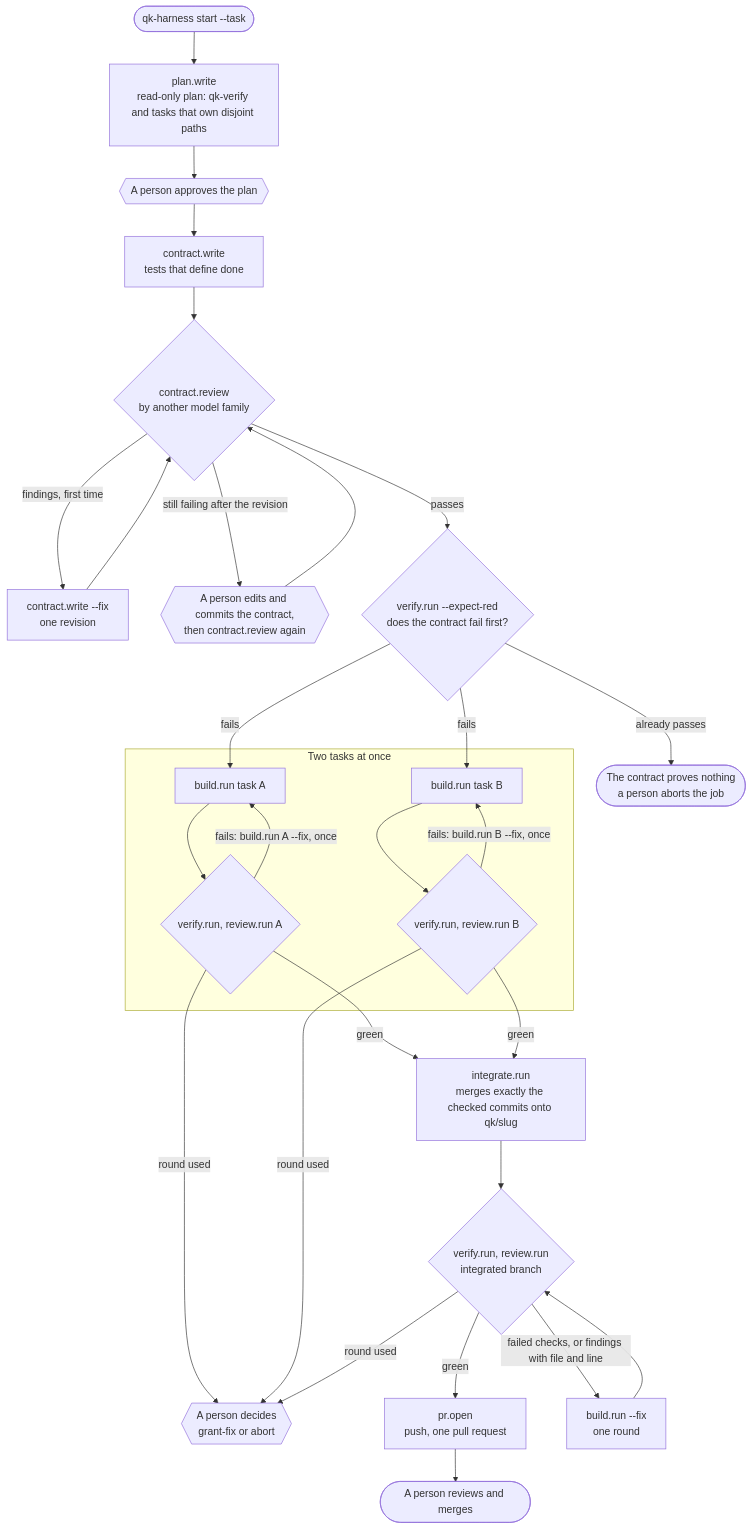
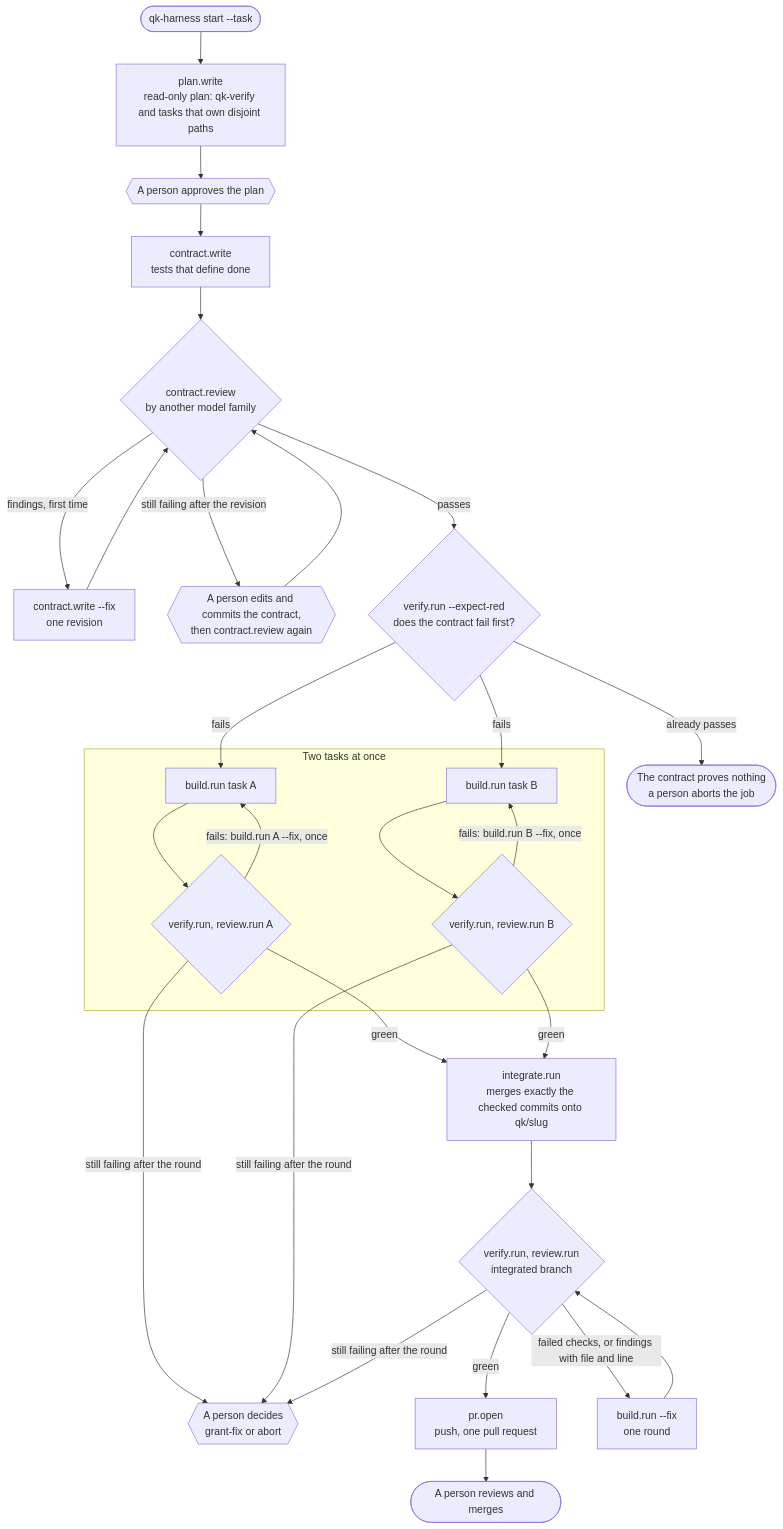
The diagram in README.md (dakiquang/qk-harness), drawn with Mermaid before and after one commit. The commit also changed 1 other file, not shown here.

Commit message:
docs: label the person's decision as a failure after the fix round

````diff
--- a/README.md
+++ b/README.md
@@ -15,29 +15,29 @@
 ```mermaid
 flowchart TB
     start(["qk-harness start --task"]) --> plan["plan.write<br/>read-only plan: qk-verify and tasks that own disjoint paths"]
     plan --> gate{{"A person approves the plan"}}
     gate --> contract["contract.write<br/>tests that define done"]
     contract --> creview{"contract.review<br/>by another model family"}
     creview -- "findings, first time" --> cfix["contract.write --fix<br/>one revision"]
     cfix --> creview
     creview -- "still failing after the revision" --> cedit{{"A person edits and commits the contract,<br/>then contract.review again"}}
     cedit --> creview
     creview -- "passes" --> red{"verify.run --expect-red<br/>does the contract fail first?"}
     red -- "already passes" --> cabort(["The contract proves nothing<br/>a person aborts the job"])
     red -- "fails" --> buildA & buildB
     subgraph tasks ["Two tasks at once"]
         buildA["build.run task A"] --> checkA{"verify.run, review.run A"}
         buildB["build.run task B"] --> checkB{"verify.run, review.run B"}
         checkA -- "fails: build.run A --fix, once" --> buildA
         checkB -- "fails: build.run B --fix, once" --> buildB
     end
-    checkA -- "round used" --> decide
-    checkB -- "round used" --> decide
+    checkA -- "still failing after the round" --> decide
+    checkB -- "still failing after the round" --> decide
     checkA & checkB -- "green" --> integ["integrate.run<br/>merges exactly the checked commits onto qk/slug"]
     integ --> icheck{"verify.run, review.run<br/>integrated branch"}
     icheck -- "green" --> pr["pr.open<br/>push, one pull request"]
     icheck -- "failed checks, or findings with file and line" --> fix["build.run --fix<br/>one round"]
     fix --> icheck
-    icheck -- "round used" --> decide{{"A person decides<br/>grant-fix or abort"}}
+    icheck -- "still failing after the round" --> decide{{"A person decides<br/>grant-fix or abort"}}
     pr --> merge(["A person reviews and merges"])
 ```
````
